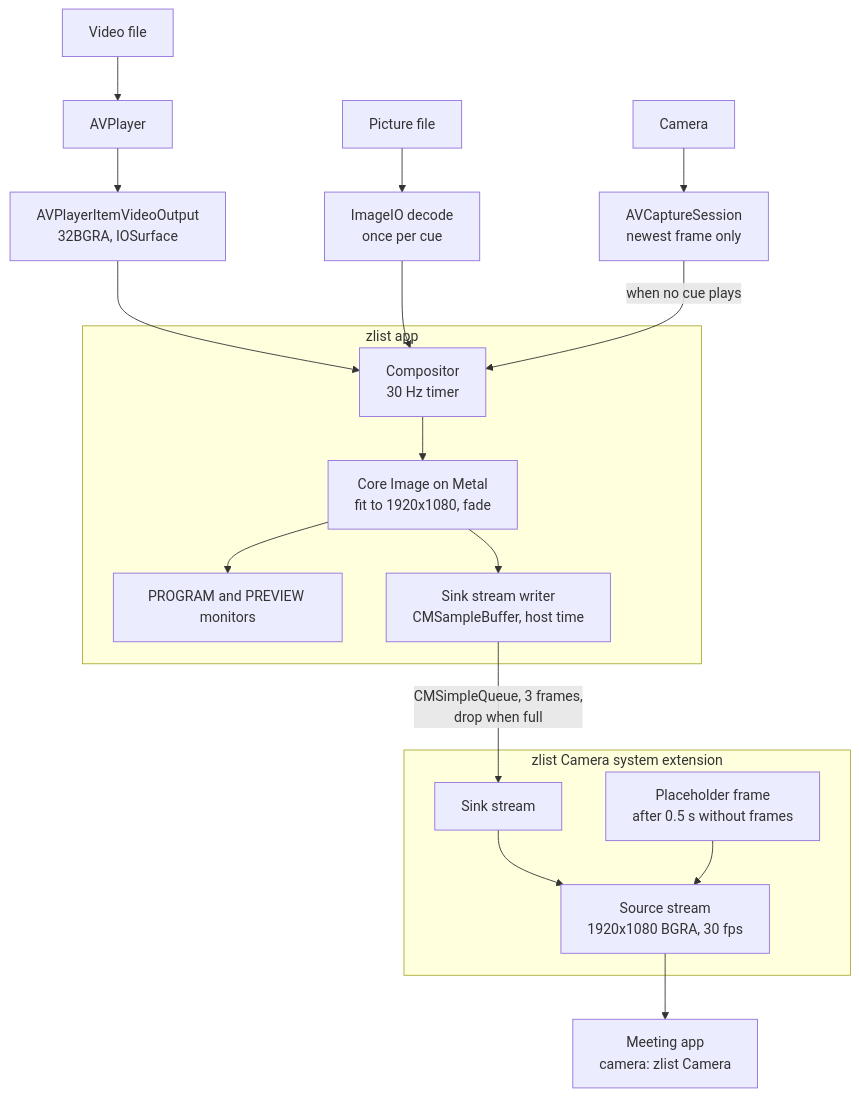
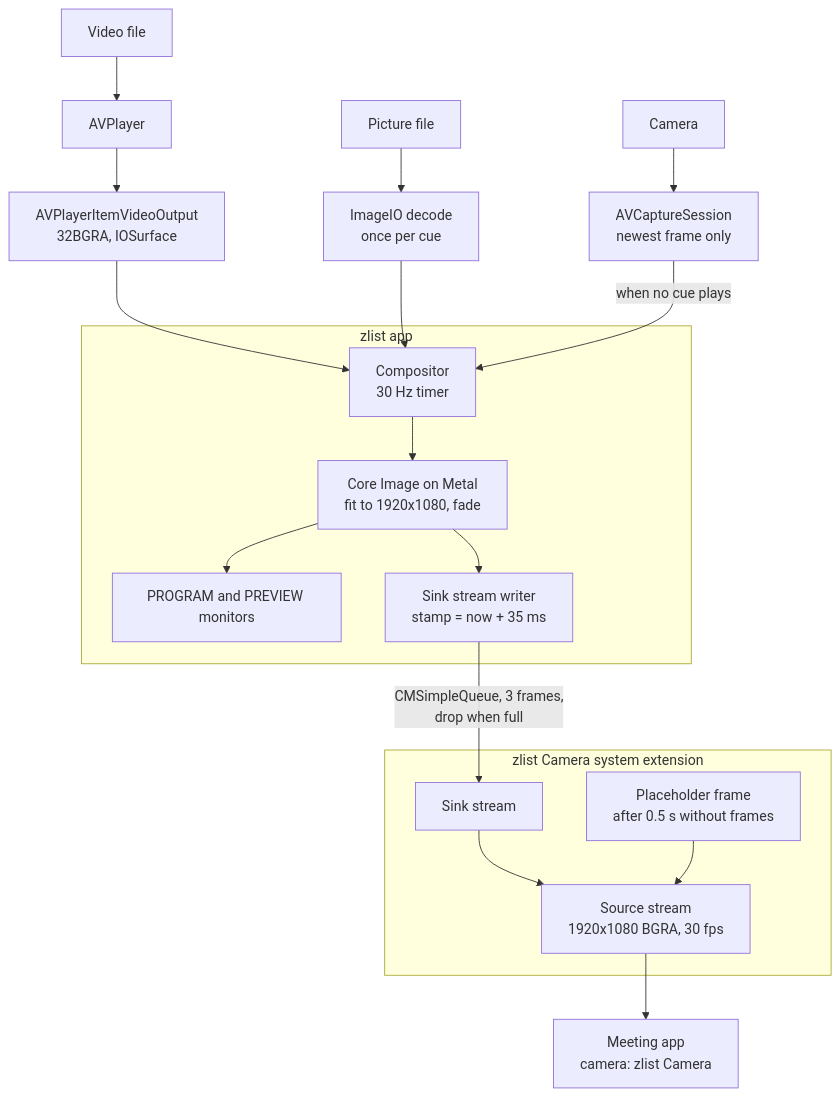
The first of 4 diagrams in README.md (kindlyops/zlist-releases), drawn with Mermaid before and after one commit. The commit also changed other lines of this file, not shown here.

````diff
--- a/README.md
+++ b/README.md
@@ -163,26 +173,26 @@
 ```mermaid
 flowchart TB
     file["Video file"] --> player["AVPlayer"]
     player --> vout["AVPlayerItemVideoOutput<br/>32BGRA, IOSurface"]
     still["Picture file"] --> image["ImageIO decode<br/>once per cue"]
     cam["Camera"] --> capture["AVCaptureSession<br/>newest frame only"]
 
     vout --> comp
     image --> comp
     capture -->|"when no cue plays"| comp
 
     subgraph app["zlist app"]
         comp["Compositor<br/>30 Hz timer"] --> render["Core Image on Metal<br/>fit to 1920x1080, fade"]
         render --> preview["PROGRAM and PREVIEW monitors"]
-        render --> sink["Sink stream writer<br/>CMSampleBuffer, host time"]
+        render --> sink["Sink stream writer<br/>stamp = now + 35 ms"]
     end
 
     sink -->|"CMSimpleQueue, 3 frames,<br/>drop when full"| ext
 
     subgraph extension["zlist Camera system extension"]
         ext["Sink stream"] --> source["Source stream<br/>1920x1080 BGRA, 30 fps"]
         idle["Placeholder frame<br/>after 0.5 s without frames"] --> source
     end
 
     source --> zoom["Meeting app<br/>camera: zlist Camera"]
 ```
````
